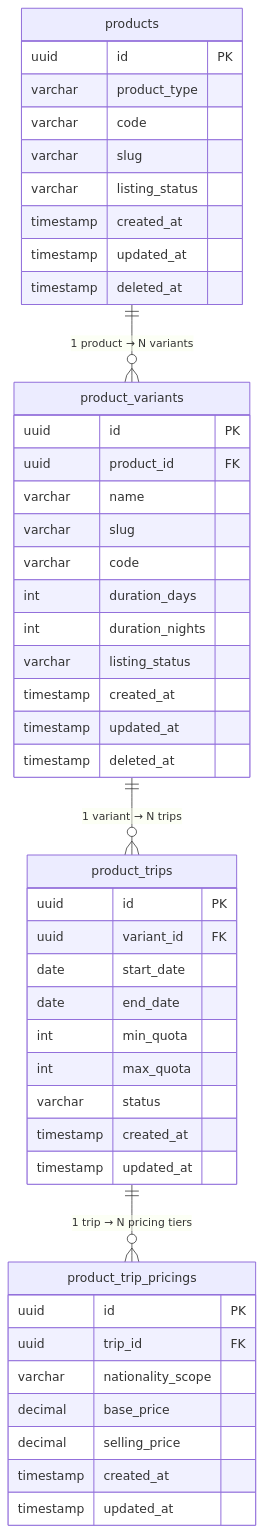
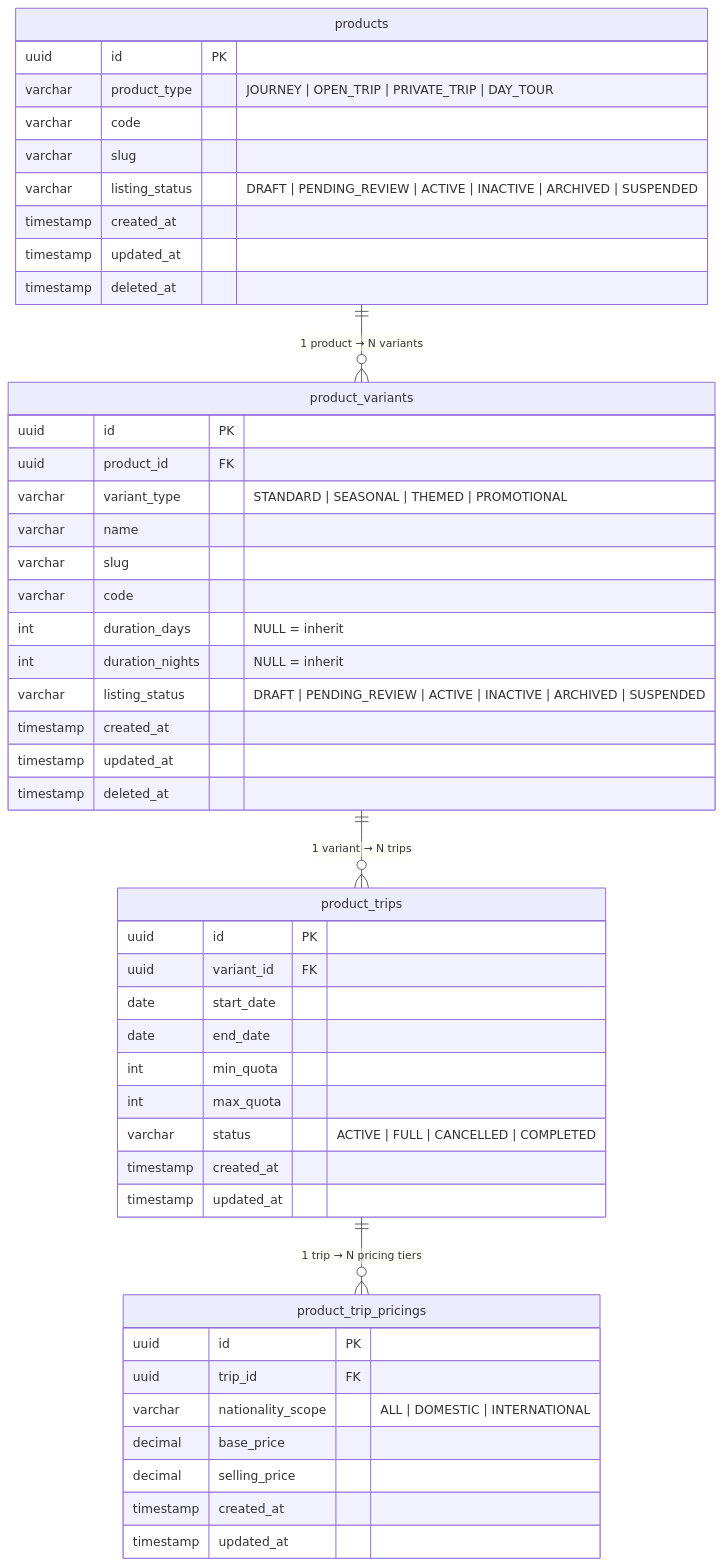
Before and after one commit to Haris-saifudin/hobiholidays-documentations: the first of 3 diagrams in product-hierarchy-technical-design.md, drawn with Mermaid. The commit also changed other lines of this file and 3 other files, not shown here.

Commit message:
docs: define product entity enums and update technical design documentation for status and classification tracking

````diff
--- a/product-hierarchy-technical-design.md
+++ b/product-hierarchy-technical-design.md
@@ -129,53 +133,54 @@
 ```mermaid
 erDiagram
     products {
         uuid      id              PK
-        varchar   product_type
+        varchar   product_type    "JOURNEY | OPEN_TRIP | PRIVATE_TRIP | DAY_TOUR"
         varchar   code
         varchar   slug
-        varchar   listing_status
+        varchar   listing_status  "DRAFT | PENDING_REVIEW | ACTIVE | INACTIVE | ARCHIVED | SUSPENDED"
         timestamp created_at
         timestamp updated_at
         timestamp deleted_at
     }
 
     product_variants {
         uuid      id              PK
         uuid      product_id      FK
+        varchar   variant_type    "STANDARD | SEASONAL | THEMED | PROMOTIONAL"
         varchar   name
         varchar   slug
         varchar   code
-        int       duration_days
-        int       duration_nights
-        varchar   listing_status
+        int       duration_days   "NULL = inherit"
+        int       duration_nights "NULL = inherit"
+        varchar   listing_status  "DRAFT | PENDING_REVIEW | ACTIVE | INACTIVE | ARCHIVED | SUSPENDED"
         timestamp created_at
         timestamp updated_at
         timestamp deleted_at
     }
 
     product_trips {
         uuid      id              PK
         uuid      variant_id      FK
         date      start_date
         date      end_date
         int       min_quota
         int       max_quota
-        varchar   status
+        varchar   status          "ACTIVE | FULL | CANCELLED | COMPLETED"
         timestamp created_at
         timestamp updated_at
     }
 
     product_trip_pricings {
         uuid       id                   PK
         uuid       trip_id              FK
-        varchar    nationality_scope
+        varchar    nationality_scope    "ALL | DOMESTIC | INTERNATIONAL"
         decimal    base_price
         decimal    selling_price
         timestamp  created_at
         timestamp  updated_at
     }
 
     products         ||--o{ product_variants     : "1 product → N variants"
     product_variants ||--o{ product_trips        : "1 variant → N trips"
     product_trips    ||--o{ product_trip_pricings: "1 trip → N pricing tiers"
 ```
````
